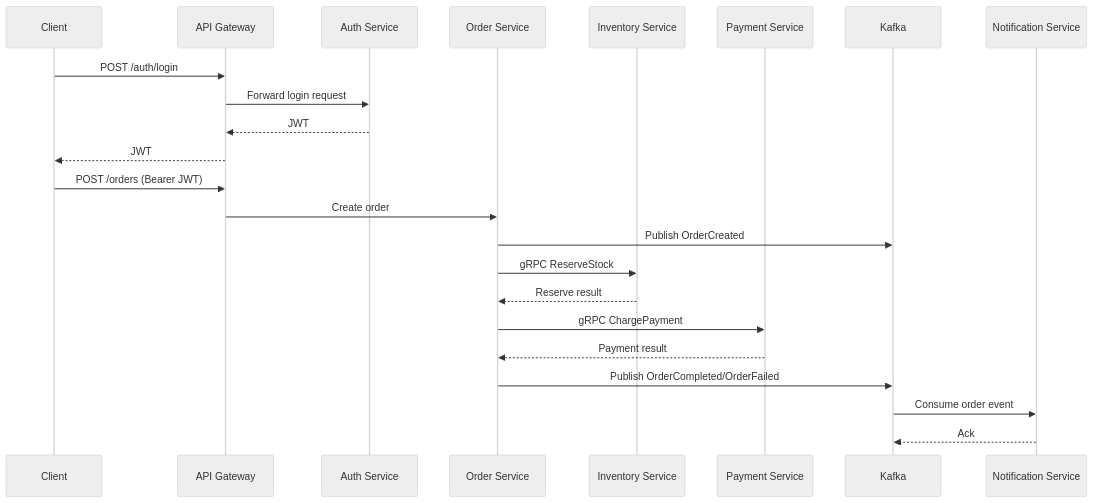
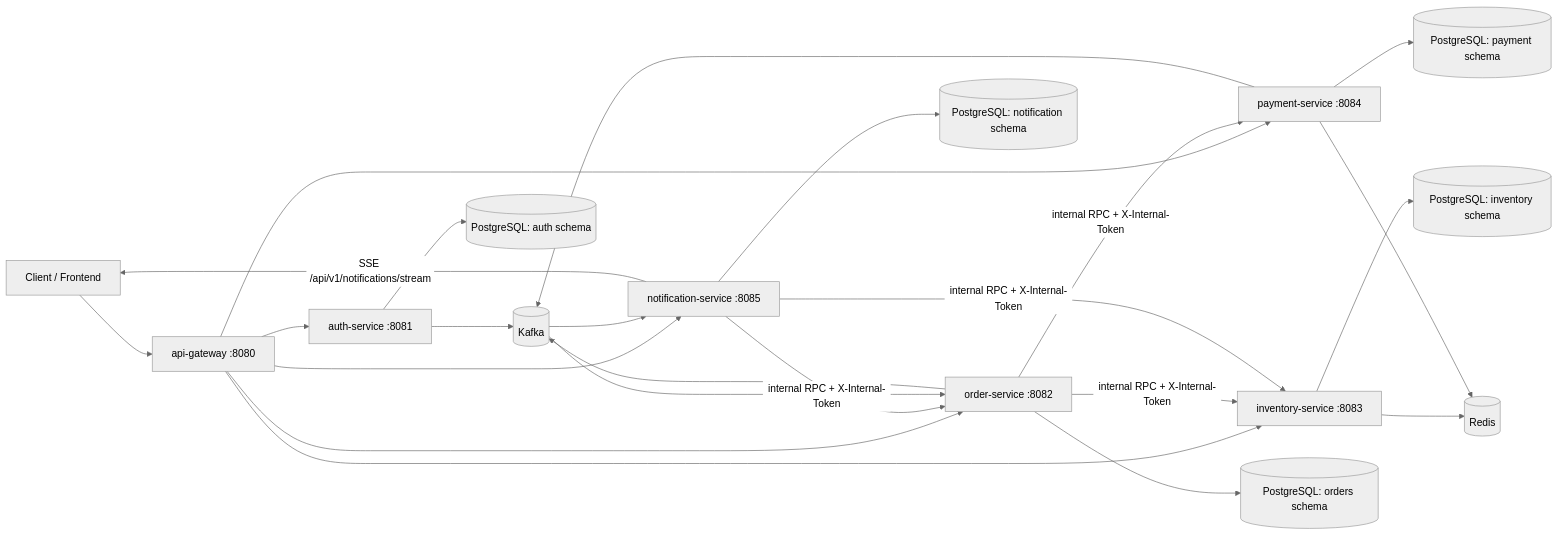
One commit to nqhQuocHung/Real-time-Order-Processing-Platform changed the diagram in docs/architecture.md. Above: the diagram before and after it, drawn with Mermaid (neutral theme). The commit also changed other lines of this file and 4 other files, not shown here.

````diff
--- a/docs/architecture.md
+++ b/docs/architecture.md
@@ -49,27 +31,32 @@
 ```mermaid
-sequenceDiagram
-  participant C as Client
-  participant G as API Gateway
-  participant A as Auth Service
-  participant O as Order Service
-  participant I as Inventory Service
-  participant P as Payment Service
-  participant K as Kafka
-  participant N as Notification Service
+flowchart LR
+    C[Client / Frontend] --> G[api-gateway :8080]
 
-  C->>G: POST /auth/login
-  G->>A: Forward login request
-  A-->>G: JWT
-  G-->>C: JWT
+    G --> A[auth-service :8081]
+    G --> O[order-service :8082]
+    G --> I[inventory-service :8083]
+    G --> P[payment-service :8084]
+    G --> N[notification-service :8085]
 
-  C->>G: POST /orders (Bearer JWT)
-  G->>O: Create order
-  O->>K: Publish OrderCreated
-  O->>I: gRPC ReserveStock
-  I-->>O: Reserve result
-  O->>P: gRPC ChargePayment
-  P-->>O: Payment result
-  O->>K: Publish OrderCompleted/OrderFailed
-  K->>N: Consume order event
-  N-->>K: Ack
+    O -->|internal RPC + X-Internal-Token| I
+    O -->|internal RPC + X-Internal-Token| P
+    N -->|internal RPC + X-Internal-Token| O
+    N -->|internal RPC + X-Internal-Token| I
+
+    O --> K[(Kafka)]
+    P --> K
+    A --> K
+    K --> O
+    K --> N
+
+    N -->|SSE /api/v1/notifications/stream| C
+
+    A --> DBA[(PostgreSQL: auth schema)]
+    O --> DBO[(PostgreSQL: orders schema)]
+    I --> DBI[(PostgreSQL: inventory schema)]
+    P --> DBP[(PostgreSQL: payment schema)]
+    N --> DBN[(PostgreSQL: notification schema)]
+
+    I --> R[(Redis)]
+    P --> R
 ```
````
